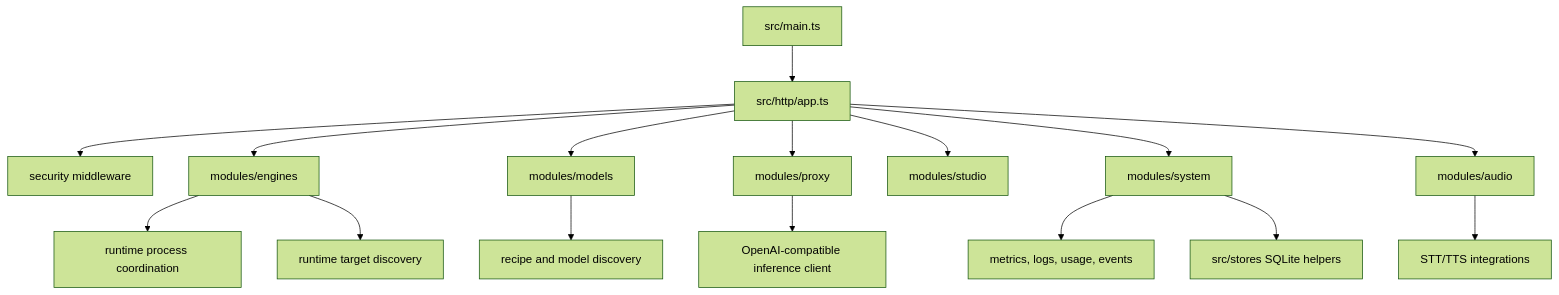
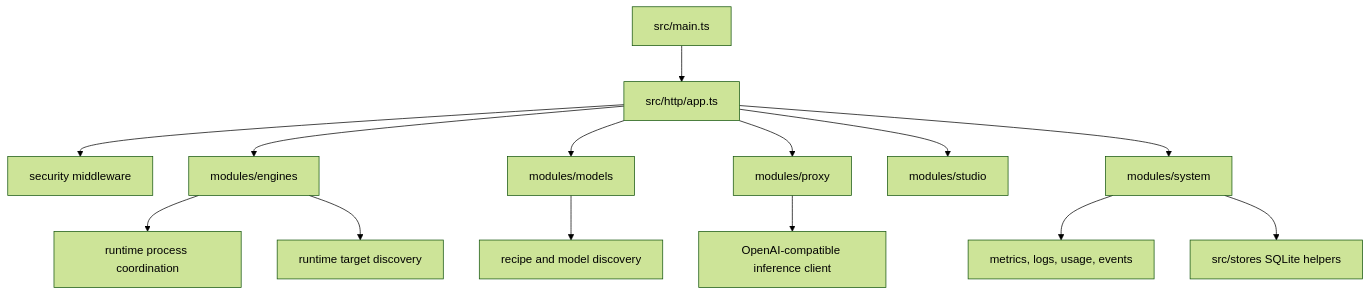
The diagram in controller/README.md (0xSero/vllm-studio), drawn with Mermaid (forest theme) before and after one commit. The commit also changed other lines of this file and 28 other files, not shown here.

````diff
--- a/controller/README.md
+++ b/controller/README.md
@@ -25,19 +25,17 @@
 ```mermaid
 flowchart TB
     Main["src/main.ts"] --> App["src/http/app.ts"]
     App --> Security["security middleware"]
     App --> Engines["modules/engines"]
     App --> Models["modules/models"]
     App --> Proxy["modules/proxy"]
     App --> Studio["modules/studio"]
     App --> System["modules/system"]
-    App --> Audio["modules/audio"]
 
     Engines --> Runtime["runtime process coordination"]
     Engines --> Targets["runtime target discovery"]
     Models --> Recipes["recipe and model discovery"]
     Proxy --> Inference["OpenAI-compatible inference client"]
     System --> Metrics["metrics, logs, usage, events"]
-    Audio --> Speech["STT/TTS integrations"]
     System --> Stores["src/stores SQLite helpers"]
 ```
````
